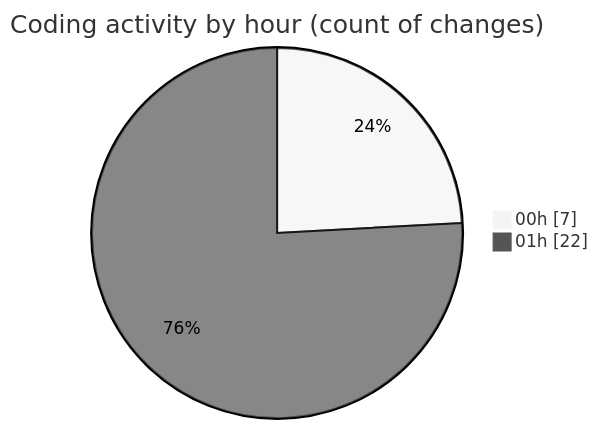
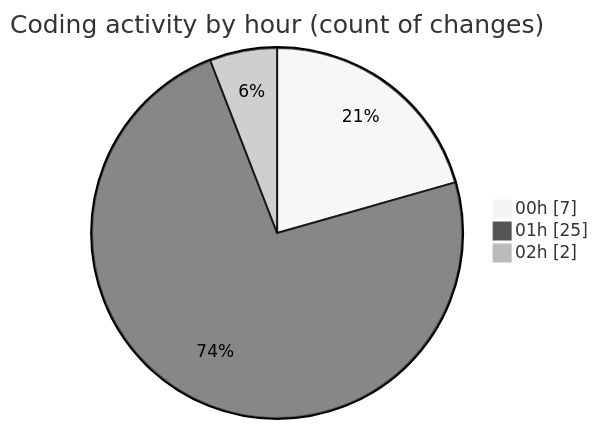
One commit to EIIisD/code-tracking changed the second of 2 diagrams in 2025-08-06/tw-server/README.md. Above: the diagram before and after it, drawn with Mermaid (neutral theme). The commit also changed other lines of this file and 1 other file, not shown here.

````diff
--- a/2025-08-06/tw-server/README.md
+++ b/2025-08-06/tw-server/README.md
@@ -35,6 +36,7 @@
 ```mermaid
 pie showData
 title Coding activity by hour (count of changes)
 "00h" : 7
-"01h" : 22
+"01h" : 25
+"02h" : 2
 ```
````
